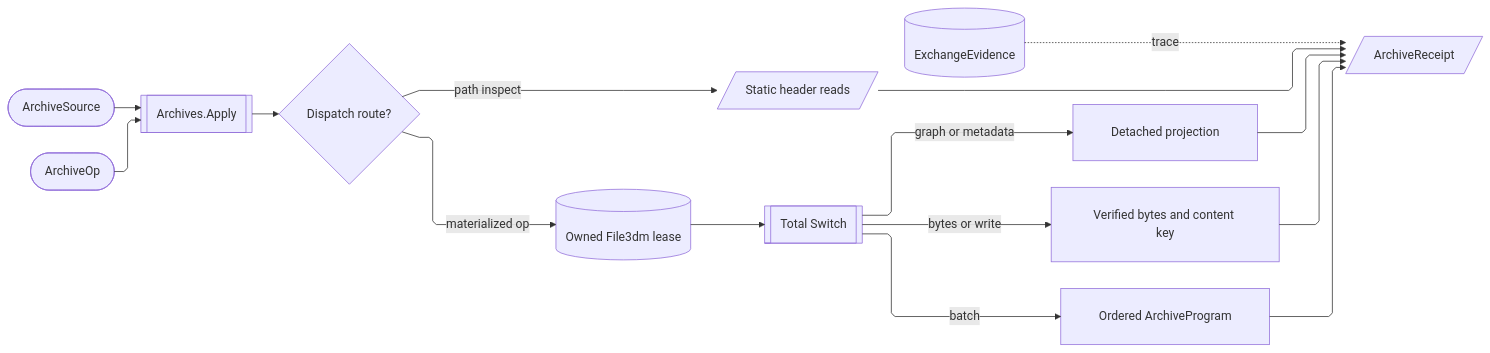
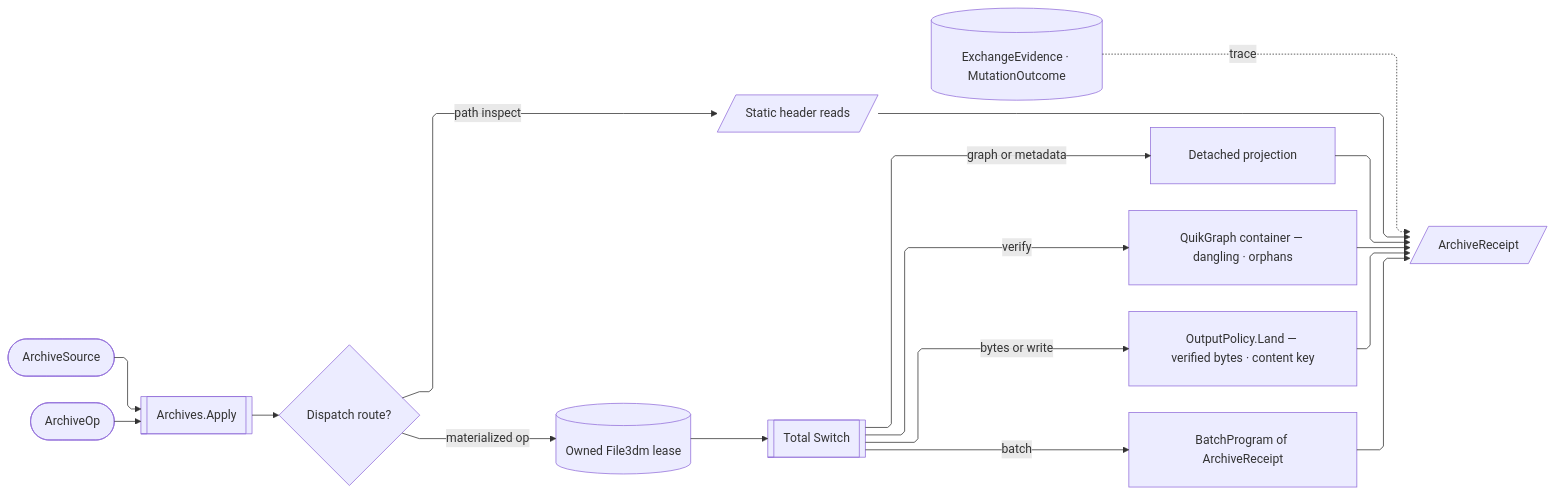
The diagram in libs/csharp/Rasm.Rhino/.planning/Exchange/archive.md (bsamiee/Rasm), drawn with Mermaid before and after one commit. The commit also changed other lines of this file and 818 other files, not shown here.

````diff
--- a/libs/csharp/Rasm.Rhino/.planning/Exchange/archive.md
+++ b/libs/csharp/Rasm.Rhino/.planning/Exchange/archive.md
@@ -1167,26 +1200,28 @@
 ```mermaid
 ---
 config:
   layout: elk
   flowchart:
     curve: linear
     padding: 25
 ---
 flowchart LR
     accTitle: Standalone Rhino archive transaction rail
-    accDescr: Archive source and request enter one route discriminator, static inspection bypasses materialization, every materialized arm folds detached values or an ordered program into one receipt, and typed evidence traces the terminal.
+    accDescr: Archive source and request enter one route discriminator, static inspection bypasses materialization, every materialized arm folds detached values or a shared batch program into one receipt, and typed evidence traces the terminal.
     Source([ArchiveSource]) --> Entry[[Archives.Apply]]
     Request([ArchiveOp]) --> Entry
     Entry --> Route{Dispatch route?}
     Route -->|path inspect| Header[/Static header reads/]
     Route -->|materialized op| Lease[(Owned File3dm lease)]
     Lease --> Dispatch[[Total Switch]]
     Dispatch -->|graph or metadata| Projection[Detached projection]
-    Dispatch -->|bytes or write| Keyed[Verified bytes and content key]
-    Dispatch -->|batch| Program[Ordered ArchiveProgram]
+    Dispatch -->|verify| Integrity[QuikGraph container — dangling · orphans]
+    Dispatch -->|bytes or write| Keyed[OutputPolicy.Land — verified bytes · content key]
+    Dispatch -->|batch| Program[BatchProgram of ArchiveReceipt]
     Header --> Receipt
     Projection --> Receipt[/ArchiveReceipt/]
+    Integrity --> Receipt
     Keyed --> Receipt
     Program --> Receipt
-    Evidence[(ExchangeEvidence)] -.->|trace| Receipt
+    Evidence[(ExchangeEvidence · MutationOutcome)] -.->|trace| Receipt
 ```
````
